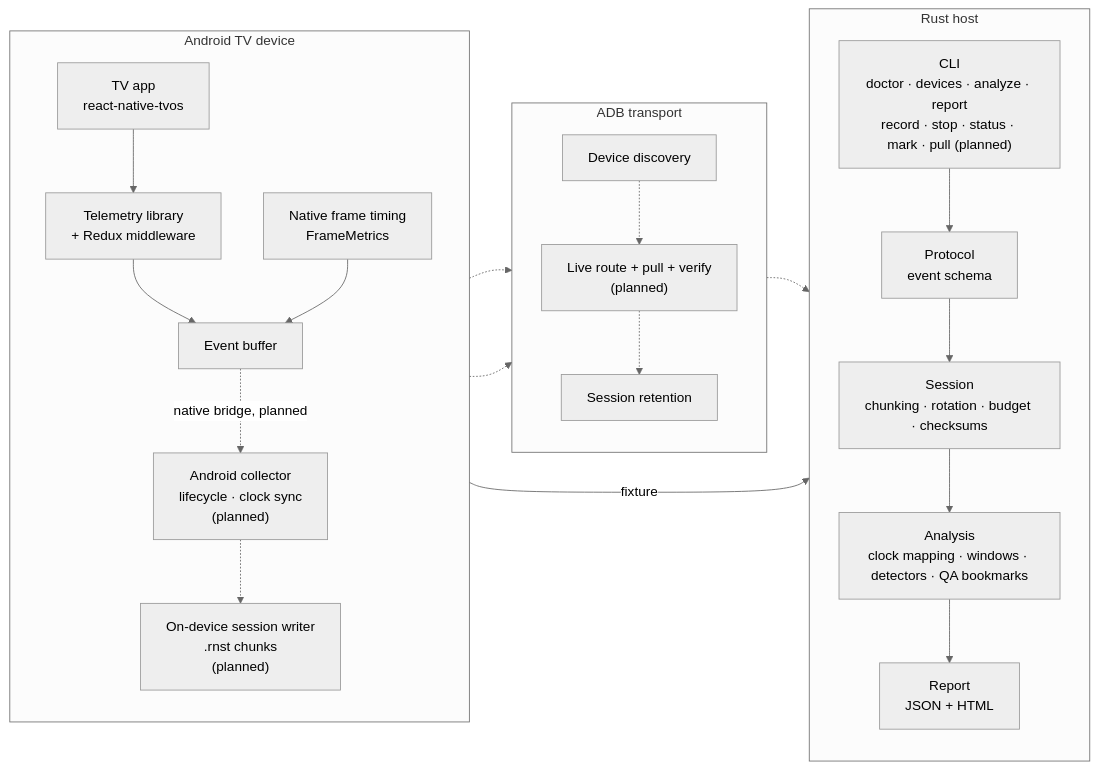
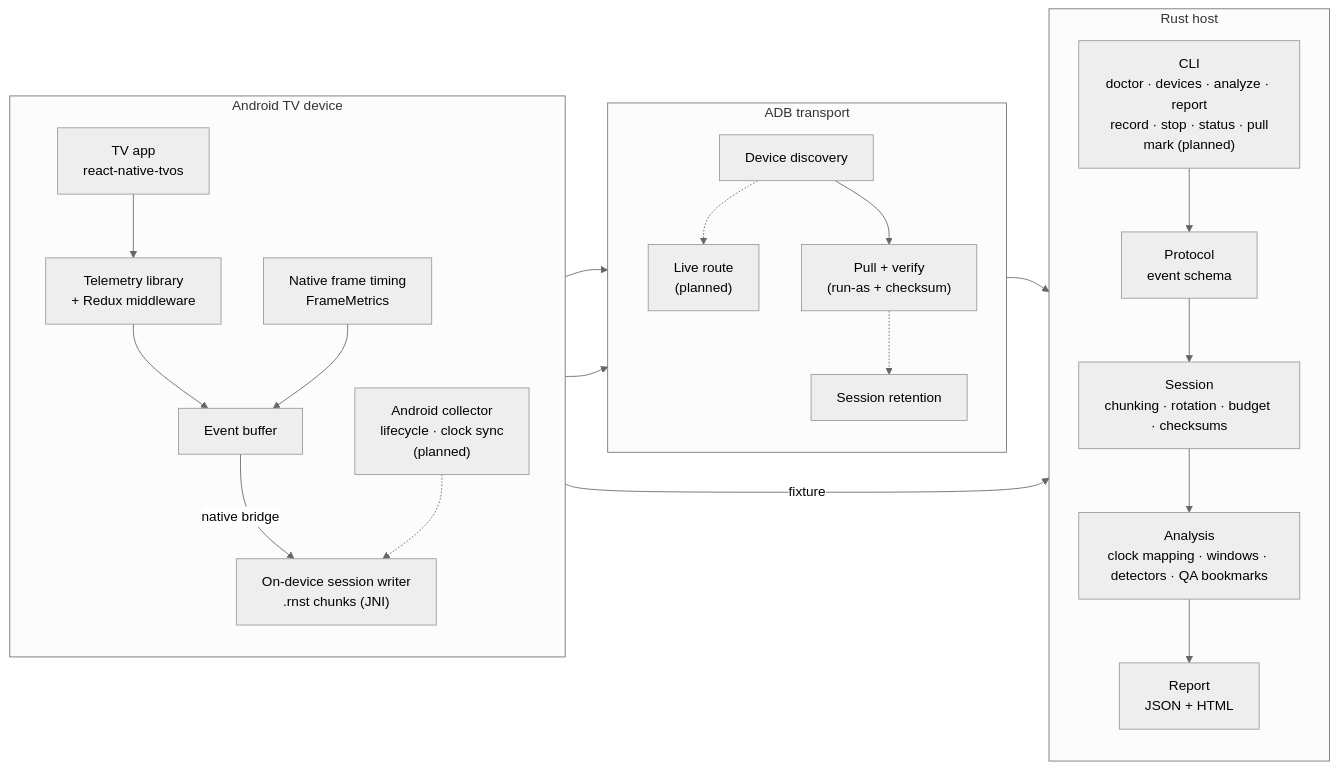
The diagram in .github/architecture.mmd (undrafted/rn-android-tv-session-telemetry), drawn with Mermaid before and after one commit. The commit also changed 5 other files, not shown here.

```diff
--- a/.github/architecture.mmd
+++ b/.github/architecture.mmd
@@ -1,39 +1,41 @@
 %%{init: {"theme": "neutral"}}%%
 flowchart LR
     subgraph Device["Android TV device"]
         direction TB
         App["TV app<br/>react-native-tvos"]
         Lib["Telemetry library<br/>+ Redux middleware"]
         Buffer["Event buffer"]
         FrameTiming["Native frame timing<br/>FrameMetrics"]
         Collector["Android collector<br/>lifecycle · clock sync<br/>(planned)"]
-        Writer["On-device session writer<br/>.rnst chunks<br/>(planned)"]
+        Writer["On-device session writer<br/>.rnst chunks (JNI)"]
         App --> Lib --> Buffer
         FrameTiming --> Buffer
-        Buffer -.->|native bridge, planned| Collector
+        Buffer -->|native bridge| Writer
         Collector -.-> Writer
     end
 
     subgraph Transport["ADB transport"]
         direction TB
         Discover["Device discovery"]
-        LivePull["Live route + pull + verify<br/>(planned)"]
+        LiveRoute["Live route<br/>(planned)"]
+        Pull["Pull + verify<br/>(run-as + checksum)"]
         Retain["Session retention"]
-        Discover -.-> LivePull
-        LivePull -.-> Retain
+        Discover -.-> LiveRoute
+        Discover --> Pull
+        Pull -.-> Retain
     end
 
     subgraph Host["Rust host"]
         direction TB
-        CLI["CLI<br/>doctor · devices · analyze · report<br/>record · stop · status · mark · pull (planned)"]
+        CLI["CLI<br/>doctor · devices · analyze · report<br/>record · stop · status · pull<br/>mark (planned)"]
         Protocol["Protocol<br/>event schema"]
         SessionCrate["Session<br/>chunking · rotation · budget · checksums"]
         Analysis["Analysis<br/>clock mapping · windows · detectors · QA bookmarks"]
         Report["Report<br/>JSON + HTML"]
         CLI --> Protocol --> SessionCrate --> Analysis --> Report
     end
 
-    App -.-> Discover
-    Writer -.-> LivePull
-    LivePull -.-> CLI
+    App --> Discover
+    Writer --> Pull
+    Pull --> CLI
     Buffer -->|fixture| CLI
```
